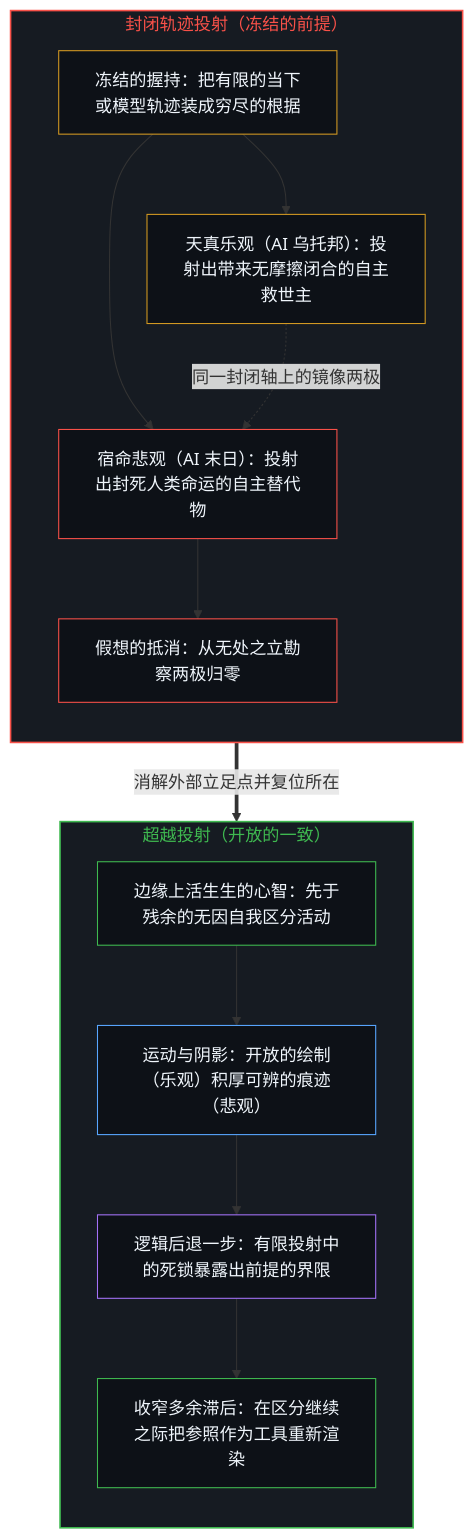
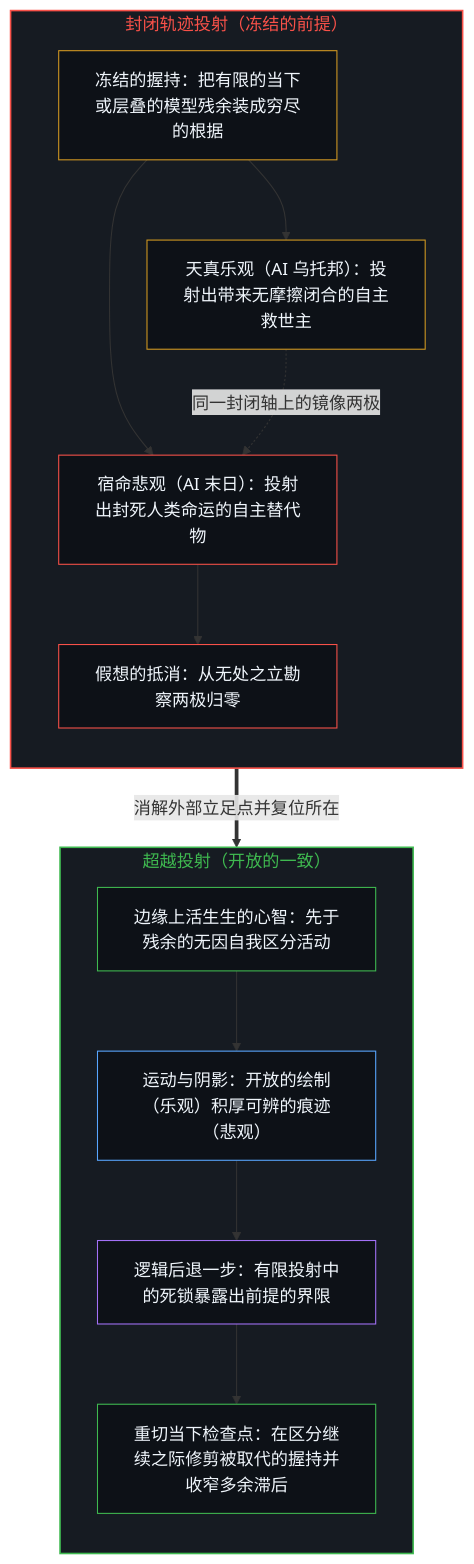
The first of 2 diagrams in content/posts/pessimism-is-the-shadow-of-optimism.md (powerpig99/not-a-toe), drawn with Mermaid before and after one commit. The commit also changed other lines of this file and 12 other files, not shown here.

````diff
--- a/content/posts/pessimism-is-the-shadow-of-optimism.md
+++ b/content/posts/pessimism-is-the-shadow-of-optimism.md
@@ -91,36 +91,36 @@
 ```mermaid
 flowchart TD
     subgraph S_Proj["封闭轨迹投射（冻结的前提）"]
         direction TB
-        P_Freeze["冻结的握持：把有限的当下或模型轨迹装成穷尽的根据"]
+        P_Freeze["冻结的握持：把有限的当下或层叠的模型残余装成穷尽的根据"]
         P_Utopia["天真乐观（AI 乌托邦）：投射出带来无摩擦闭合的自主救世主"]
         P_Doom["宿命悲观（AI 末日）：投射出封死人类命运的自主替代物"]
         P_Zero["假想的抵消：从无处之立勘察两极归零"]
         P_Freeze --> P_Utopia
         P_Freeze --> P_Doom
         P_Utopia -.->|"同一封闭轴上的镜像两极"| P_Doom
         P_Doom --> P_Zero
     end
 
     subgraph S_Mind["超越投射（开放的一致）"]
         direction TB
         M_Edge["边缘上活生生的心智：先于残余的无因自我区分活动"]
         M_Pair["运动与阴影：开放的绘制（乐观）积厚可辨的痕迹（悲观）"]
         M_Step["逻辑后退一步：有限投射中的死锁暴露出前提的界限"]
-        M_Render["收窄多余滞后：在区分继续之际把参照作为工具重新渲染"]
+        M_Render["重切当下检查点：在区分继续之际修剪被取代的握持并收窄多余滞后"]
         M_Edge --> M_Pair --> M_Step --> M_Render
     end
 
     P_Zero ==>|"消解外部立足点并复位所在"| M_Edge
 
     style S_Proj fill:#161b22,stroke:#f85149,stroke-width:1.5px,color:#f85149
     style S_Mind fill:#161b22,stroke:#3fb950,stroke-width:1.5px,color:#3fb950
     style P_Freeze fill:#0d1117,stroke:#d29922,stroke-width:1px,color:#f0f6fc
     style P_Utopia fill:#0d1117,stroke:#d29922,stroke-width:1px,color:#f0f6fc
     style P_Doom fill:#0d1117,stroke:#f85149,stroke-width:1px,color:#f0f6fc
     style P_Zero fill:#0d1117,stroke:#f85149,stroke-width:1px,color:#f0f6fc
     style M_Edge fill:#0d1117,stroke:#3fb950,stroke-width:1px,color:#f0f6fc
     style M_Pair fill:#0d1117,stroke:#58a6ff,stroke-width:1px,color:#f0f6fc
     style M_Step fill:#0d1117,stroke:#a371f7,stroke-width:1px,color:#f0f6fc
     style M_Render fill:#0d1117,stroke:#3fb950,stroke-width:1px,color:#f0f6fc
 ```
````
